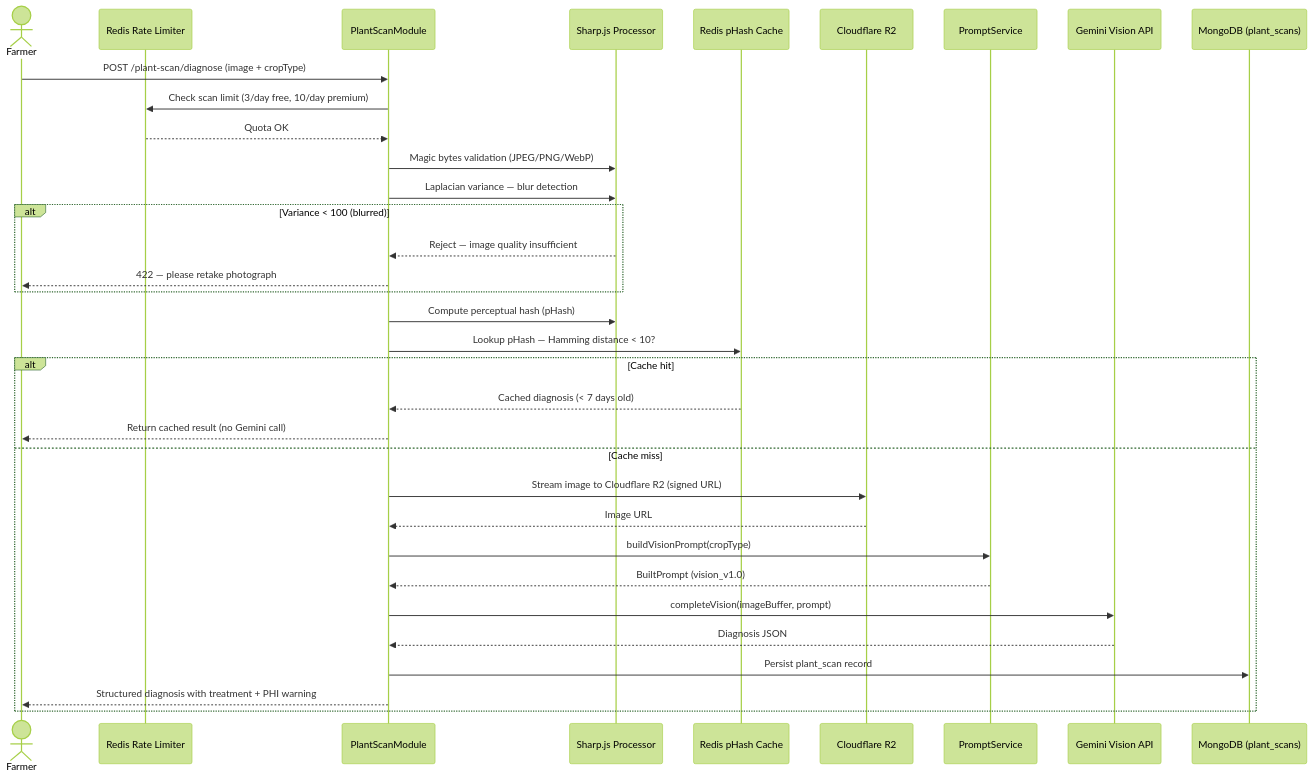
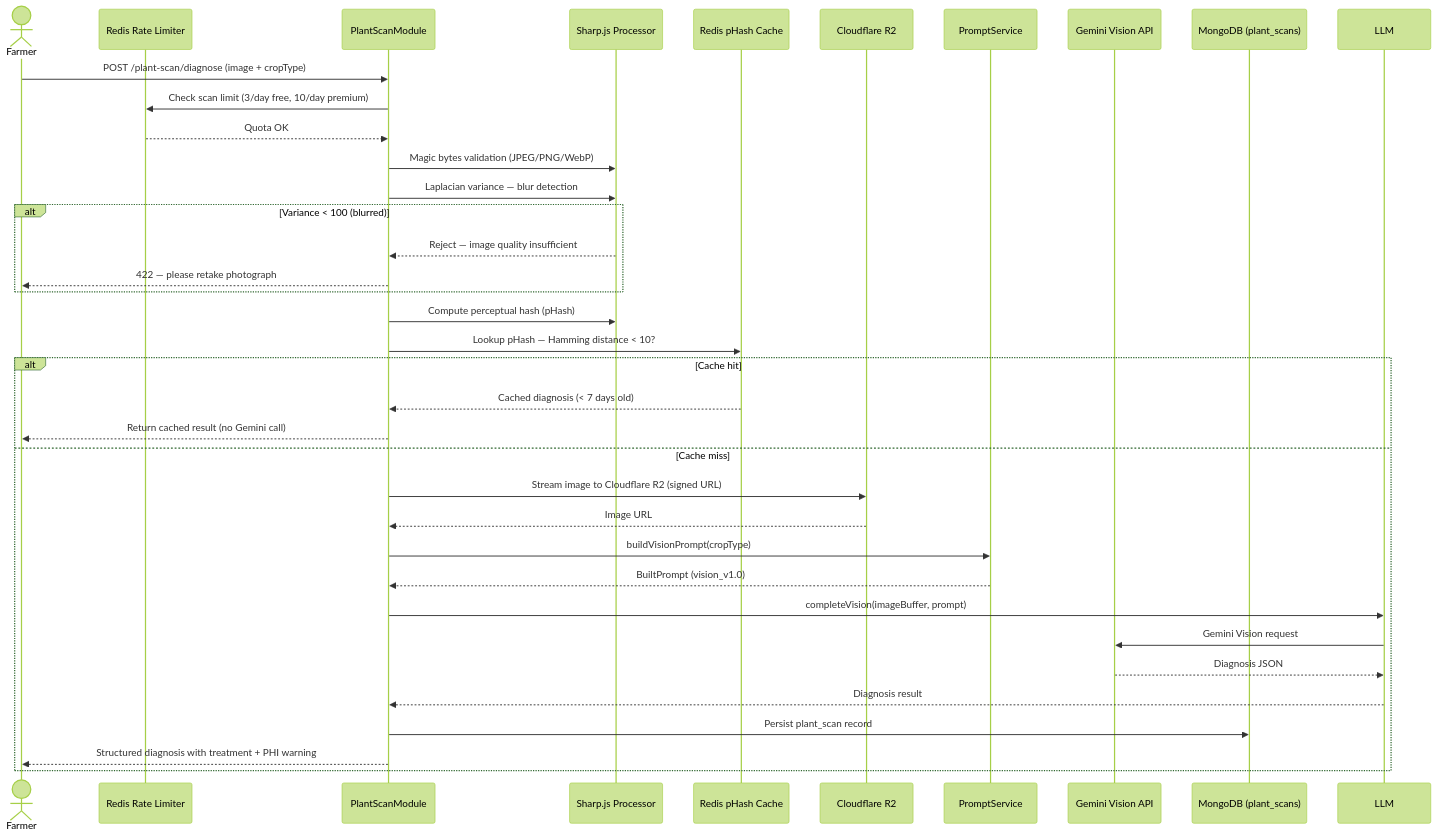
Before and after one commit to jayykioh/farmy-backend: the fourth of 4 diagrams in specs/farmy_research_paper.md, drawn with Mermaid (forest theme). The commit also changed other lines of this file and 16 other files, not shown here.

````diff
--- a/specs/farmy_research_paper.md
+++ b/specs/farmy_research_paper.md
@@ -360,37 +360,39 @@
 ```mermaid
 sequenceDiagram
     actor Farmer as Farmer
     participant Gate as Redis Rate Limiter
     participant Nest as PlantScanModule
     participant Sharp as Sharp.js Processor
     participant Cache as Redis pHash Cache
     participant R2 as Cloudflare R2
     participant Prompt as PromptService
     participant Gemini as Gemini Vision API
     participant Mongo as MongoDB (plant_scans)
 
     Farmer->>Nest: POST /plant-scan/diagnose (image + cropType)
     Nest->>Gate: Check scan limit (3/day free, 10/day premium)
     Gate-->>Nest: Quota OK
     Nest->>Sharp: Magic bytes validation (JPEG/PNG/WebP)
     Nest->>Sharp: Laplacian variance — blur detection
     alt Variance < 100 (blurred)
         Sharp-->>Nest: Reject — image quality insufficient
         Nest-->>Farmer: 422 — please retake photograph
     end
     Nest->>Sharp: Compute perceptual hash (pHash)
     Nest->>Cache: Lookup pHash — Hamming distance < 10?
     alt Cache hit
         Cache-->>Nest: Cached diagnosis (< 7 days old)
         Nest-->>Farmer: Return cached result (no Gemini call)
     else Cache miss
         Nest->>R2: Stream image to Cloudflare R2 (signed URL)
         R2-->>Nest: Image URL
         Nest->>Prompt: buildVisionPrompt(cropType)
         Prompt-->>Nest: BuiltPrompt (vision_v1.0)
-        Nest->>Gemini: completeVision(imageBuffer, prompt)
-        Gemini-->>Nest: Diagnosis JSON
+        Nest->>LLM: completeVision(imageBuffer, prompt)
+        LLM->>Gemini: Gemini Vision request
+        Gemini-->>LLM: Diagnosis JSON
+        LLM-->>Nest: Diagnosis result
         Nest->>Mongo: Persist plant_scan record
         Nest-->>Farmer: Structured diagnosis with treatment + PHI warning
     end
 ```
````
